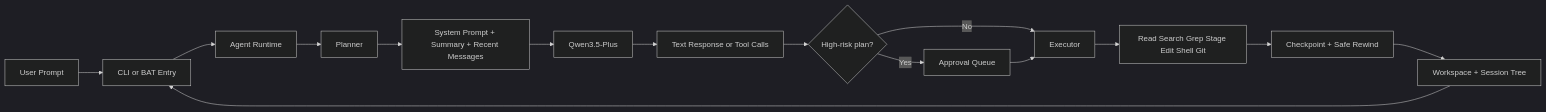
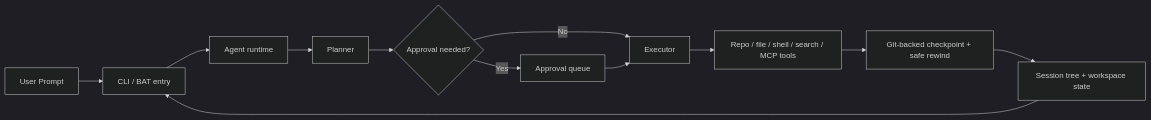
One commit to CHEN2003-CHIP/pp-Echo changed the diagram in README.md. Above: the diagram before and after it, drawn with Mermaid (dark theme). The commit also changed other lines of this file and 20 other files, not shown here.

````diff
--- a/README.md
+++ b/README.md
@@ -62,17 +140,14 @@
 ```mermaid
 flowchart LR
-  U["User Prompt"] --> CLI["CLI or BAT Entry"]
-  CLI --> RT["Agent Runtime"]
+  U["User Prompt"] --> CLI["CLI / BAT entry"]
+  CLI --> RT["Agent runtime"]
   RT --> PLAN["Planner"]
-  PLAN --> CTX["System Prompt + Summary + Recent Messages"]
-  CTX --> LLM["Qwen3.5-Plus"]
-  LLM --> DECIDE["Text Response or Tool Calls"]
-  DECIDE --> GATE{"High-risk plan?"}
+  PLAN --> GATE{"Approval needed?"}
+  GATE -->|"Yes"| AQ["Approval queue"]
   GATE -->|"No"| EXEC["Executor"]
-  GATE -->|"Yes"| APPROVALS["Approval Queue"]
-  APPROVALS --> EXEC
-  EXEC --> TOOLS["Read Search Grep Stage Edit Shell Git"]
-  TOOLS --> CHECKPOINT["Checkpoint + Safe Rewind"]
-  CHECKPOINT --> REPO["Workspace + Session Tree"]
-  REPO --> CLI
+  AQ --> EXEC
+  EXEC --> TOOLS["Repo / file / shell / search / MCP tools"]
+  TOOLS --> CKPT["Git-backed checkpoint + safe rewind"]
+  CKPT --> SESS["Session tree + workspace state"]
+  SESS --> CLI
 ```
````
